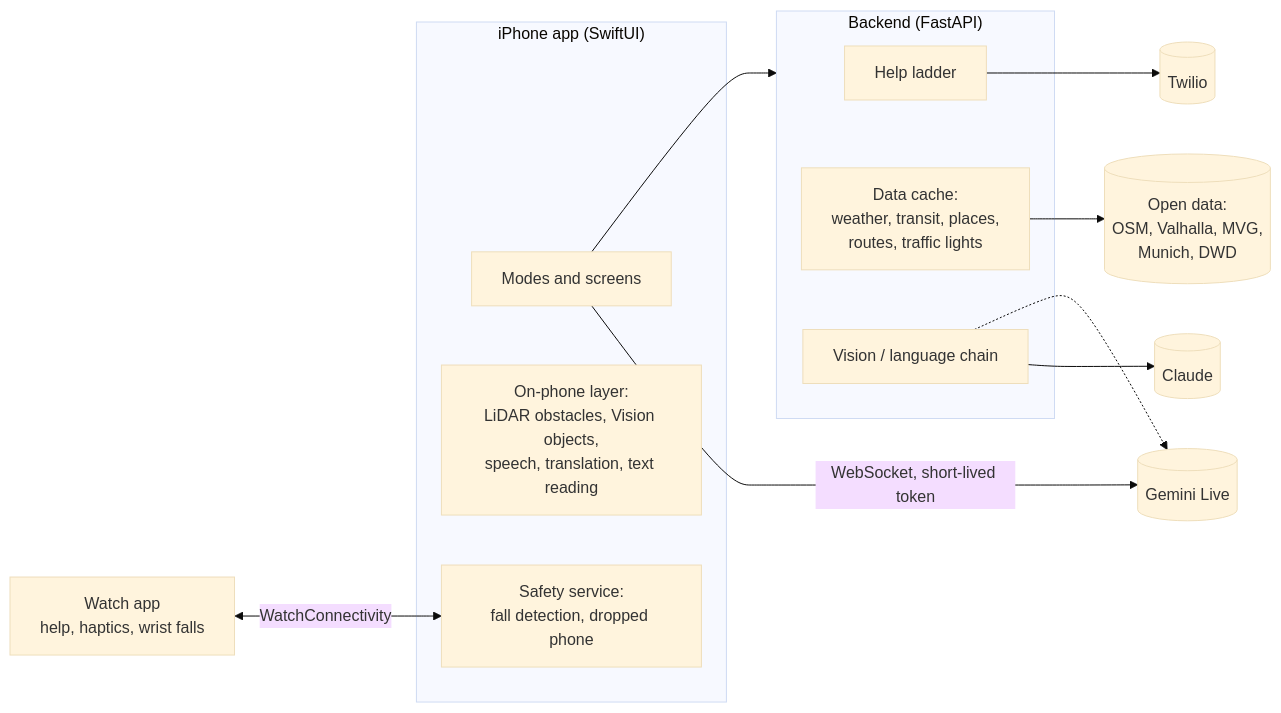
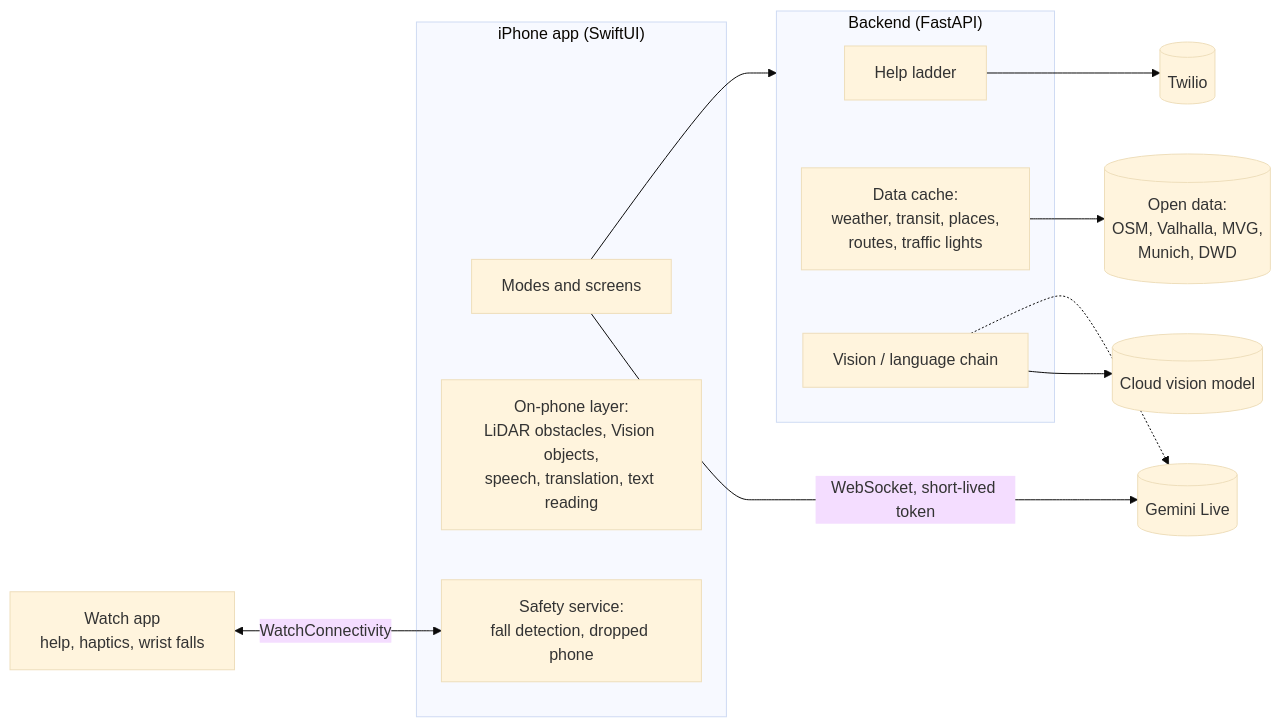
The diagram in README.md (Zukipany/beistand), drawn with Mermaid (base theme) before and after one commit. The commit also changed other lines of this file and 2 other files, not shown here.

````diff
--- a/README.md
+++ b/README.md
@@ -103,26 +86,26 @@
 ```mermaid
 flowchart LR
     subgraph Phone["iPhone app (SwiftUI)"]
         UI[Modes and screens]
         L1["On-phone layer:<br/>LiDAR obstacles, Vision objects,<br/>speech, translation, text reading"]
         Safety[Safety service:<br/>fall detection, dropped phone]
     end
     Watch["Watch app<br/>help, haptics, wrist falls"]
     subgraph Server["Backend (FastAPI)"]
         Ladder[Help ladder]
         Data[Data cache:<br/>weather, transit, places,<br/>routes, traffic lights]
         AI[Vision / language chain]
     end
-    Gemini[(Gemini Live)]
-    Claude[(Claude)]
+    Live[(Gemini Live)]
+    Vision[(Cloud vision model)]
     Twilio[(Twilio)]
     Open[(Open data:<br/>OSM, Valhalla, MVG,<br/>Munich, DWD)]
 
     Watch <-- WatchConnectivity --> Safety
     UI --> Server
-    UI -- "WebSocket, short-lived token" --> Gemini
+    UI -- "WebSocket, short-lived token" --> Live
     Ladder --> Twilio
-    AI --> Claude
-    AI -.-> Gemini
+    AI --> Vision
+    AI -.-> Live
     Data --> Open
 ```
````
